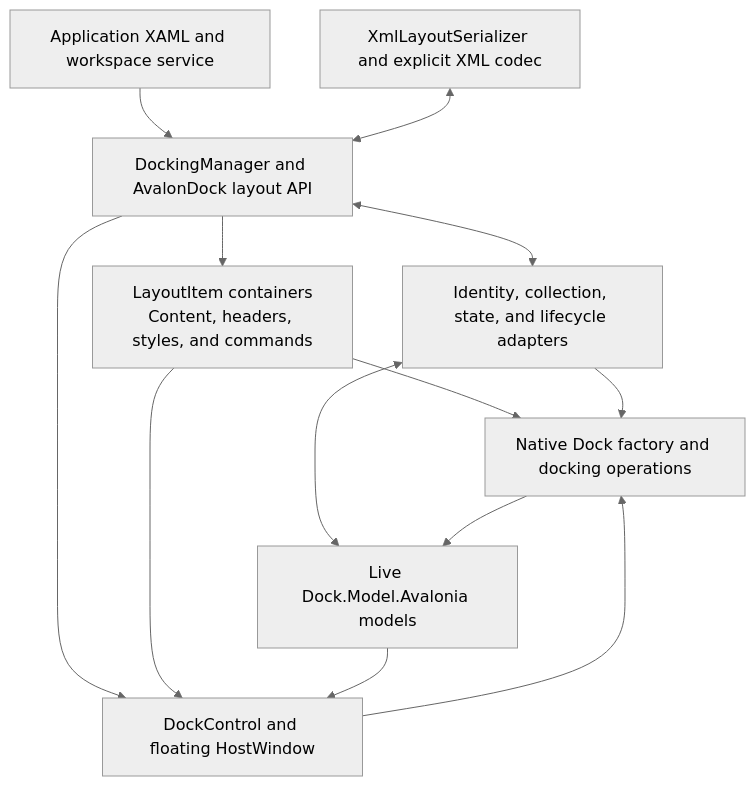
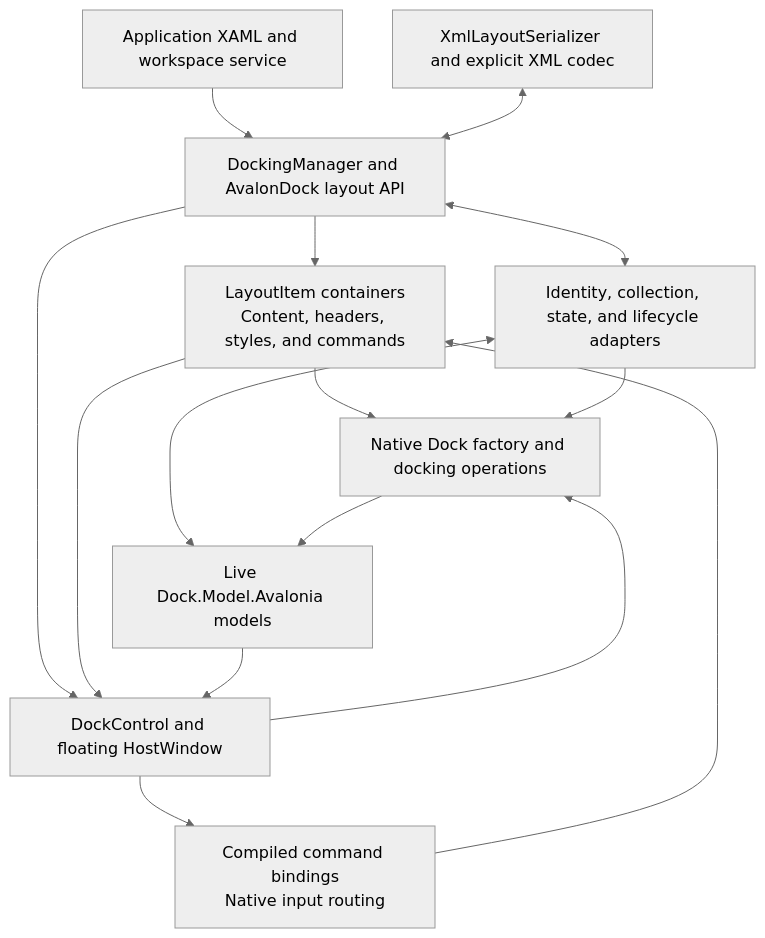
One commit to wieslawsoltes/Dock changed the diagram in src/Dock.Avalonia.AvalonDock/AVALONDOCK.md. Above: the diagram before and after it, drawn with Mermaid (neutral theme). The commit also changed other lines of this file and 14 other files, not shown here.

Commit message:
Route native Dock controls through AvalonDock item commands

````diff
--- a/src/Dock.Avalonia.AvalonDock/AVALONDOCK.md
+++ b/src/Dock.Avalonia.AvalonDock/AVALONDOCK.md
@@ -167,23 +177,26 @@
 ```mermaid
 flowchart TB
     App["Application XAML and workspace service"]
     Api["DockingManager and AvalonDock layout API"]
     Items["LayoutItem containers<br/>Content, headers, styles, and commands"]
+    Commands["Compiled command bindings<br/>Native input routing"]
     Bridge["Identity, collection, state, and lifecycle adapters"]
     Models["Live Dock.Model.Avalonia models"]
     Factory["Native Dock factory and docking operations"]
     View["DockControl and floating HostWindow"]
     Xml["XmlLayoutSerializer and explicit XML codec"]
     App --> Api
     Api --> Items
     Items --> Factory
     Api <--> Bridge
     Bridge <--> Models
     Bridge --> Factory
     Factory --> Models
     Api --> View
     Items --> View
+    View --> Commands
+    Commands --> Items
     Models --> View
     View --> Factory
     Xml <--> Api
 ```
````
